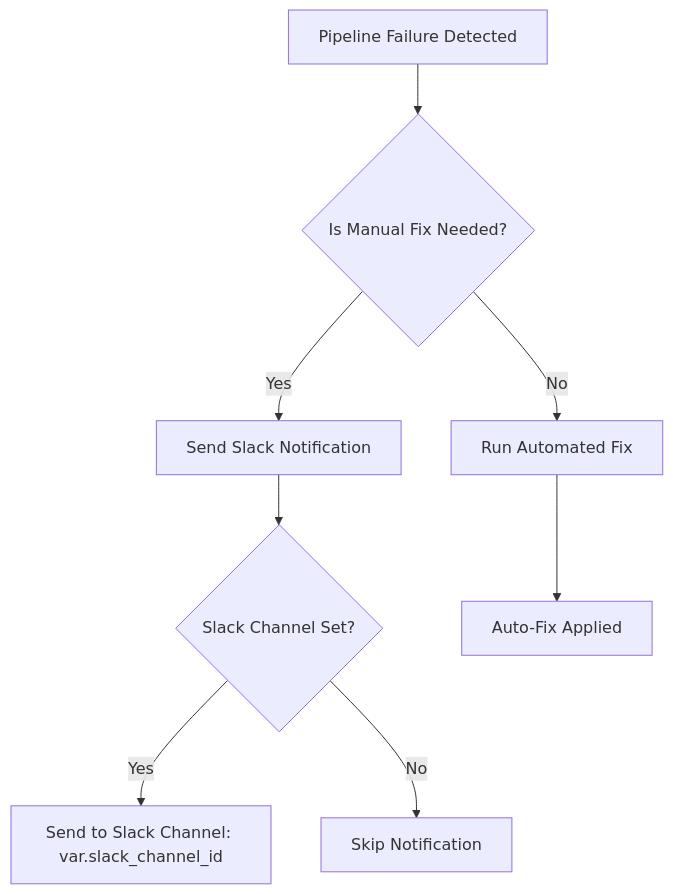
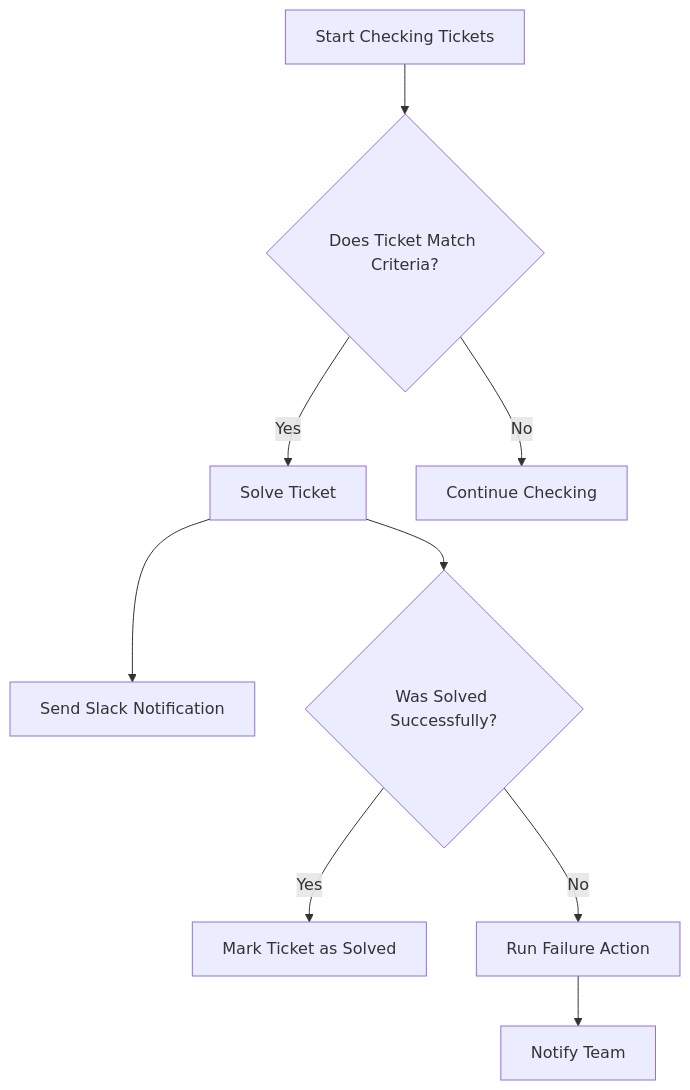
Before and after one commit to kubiyabot/terraform-modules: the first of 2 diagrams in jira-ticket-solver/README.md, drawn with Mermaid. The commit also changed other lines of this file, not shown here.

````diff
--- a/jira-ticket-solver/README.md
+++ b/jira-ticket-solver/README.md
@@ -54,13 +24,11 @@
 ```mermaid
 graph TD
-    A[Pipeline Failure Detected] --> B{Is Manual Fix Needed?}
-    B -->|Yes| C[Send Slack Notification]
-    B -->|No| D[Run Automated Fix]
-
-    C --> E{Slack Channel Set?}
-    E -->|Yes| F[Send to Slack Channel: var.slack_channel_id]
-    E -->|No| G[Skip Notification]
-    D --> H[Auto-Fix Applied]
-    
-    click C href "https://github.com/kubiyabot/community-tools/ci-cd-diagnosis"
+    A[Start Checking Tickets] --> B{Does Ticket Match Criteria?}
+    B --> |Yes| C[Solve Ticket]
+    B --> |No| D[Continue Checking]
+    C --> E[Send Slack Notification]
+    C --> F{Was Solved Successfully?}
+    F --> |Yes| G[Mark Ticket as Solved]
+    F --> |No| H[Run Failure Action]
+    H --> I[Notify Team]
 ```
````
